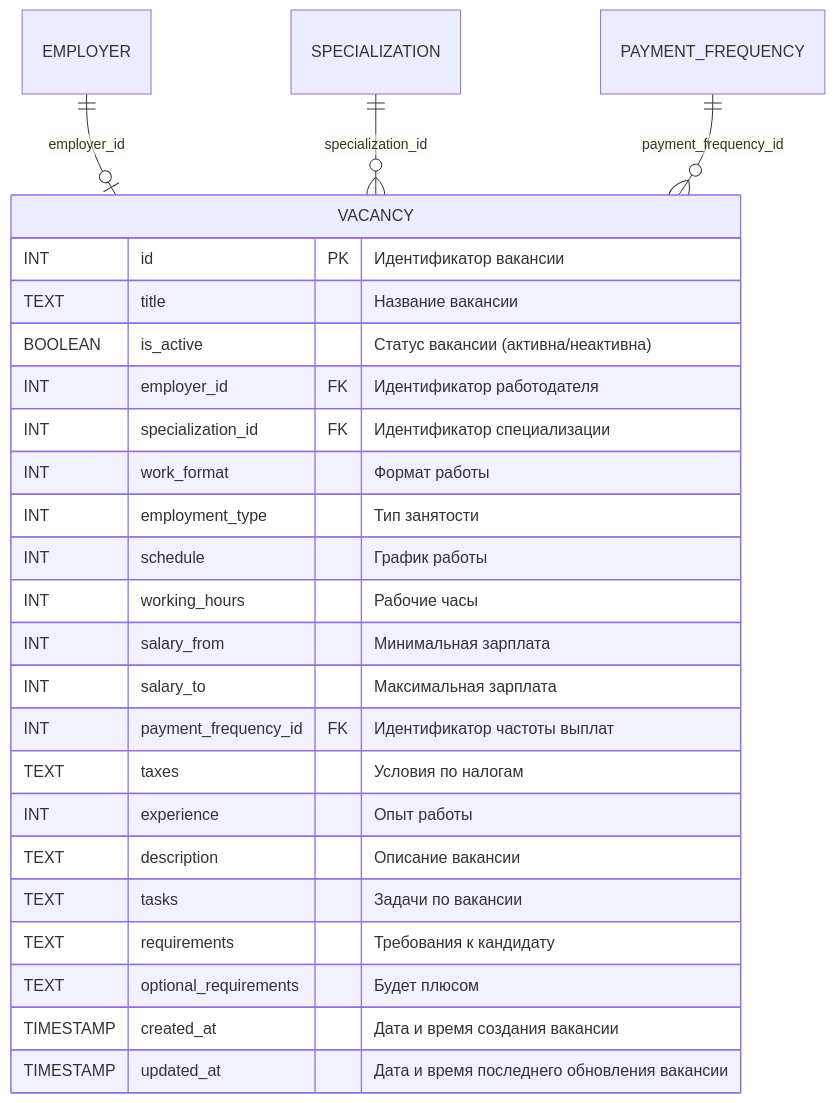
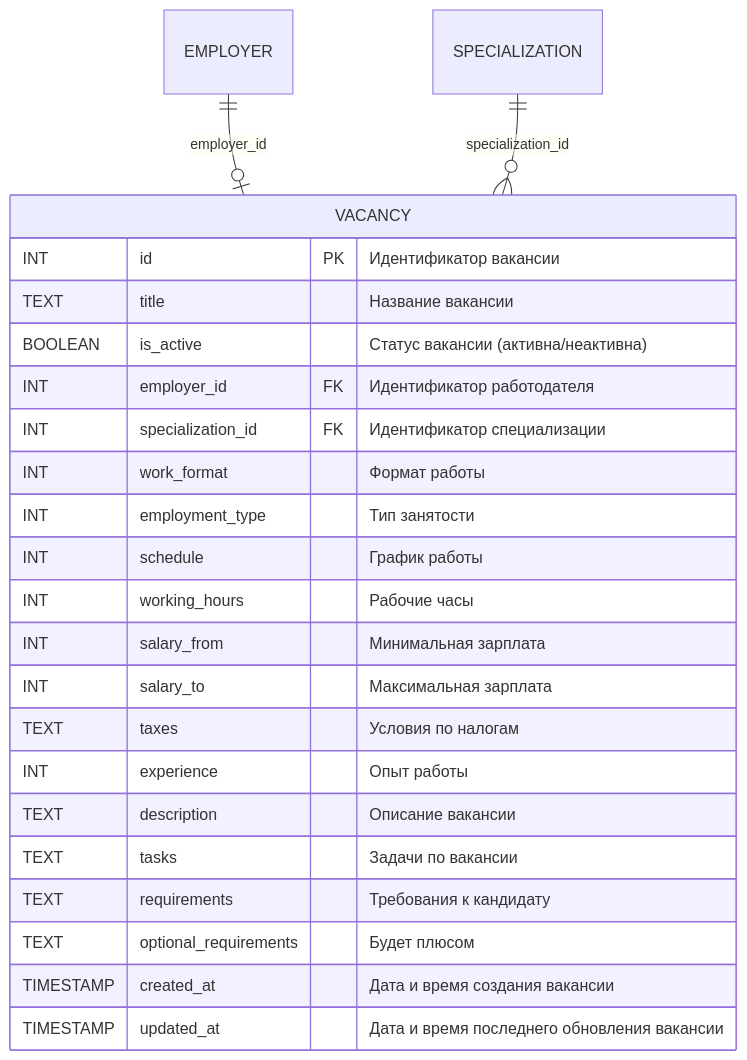
Before and after one commit to go-park-mail-ru/2025_1_Orange: the seventh of 18 diagrams in db/normalized/relations.md, drawn with Mermaid. The commit also changed other lines of this file and 1 other file, not shown here.

Commit message:
Deleted payment frequency from relations.

````diff
--- a/db/normalized/relations.md
+++ b/db/normalized/relations.md
@@ -257,28 +257,26 @@
 ```mermaid
 erDiagram
     VACANCY {
         INT id PK "Идентификатор вакансии"
         TEXT title "Название вакансии"
         BOOLEAN is_active "Статус вакансии (активна/неактивна)"
         INT employer_id FK "Идентификатор работодателя"
         INT specialization_id FK "Идентификатор специализации"
         INT work_format "Формат работы"
         INT employment_type "Тип занятости"
         INT schedule "График работы"
         INT working_hours "Рабочие часы"
         INT salary_from "Минимальная зарплата"
         INT salary_to "Максимальная зарплата"
-        INT payment_frequency_id FK "Идентификатор частоты выплат"
         TEXT taxes "Условия по налогам"
         INT experience "Опыт работы"
         TEXT description "Описание вакансии"
         TEXT tasks "Задачи по вакансии"
         TEXT requirements "Требования к кандидату"
         TEXT optional_requirements "Будет плюсом"
         TIMESTAMP created_at "Дата и время создания вакансии"
         TIMESTAMP updated_at "Дата и время последнего обновления вакансии"
     }
     EMPLOYER ||--o| VACANCY : "employer_id"
     SPECIALIZATION ||--o{ VACANCY : "specialization_id"
-    PAYMENT_FREQUENCY ||--o{ VACANCY : "payment_frequency_id"
 ```
````
